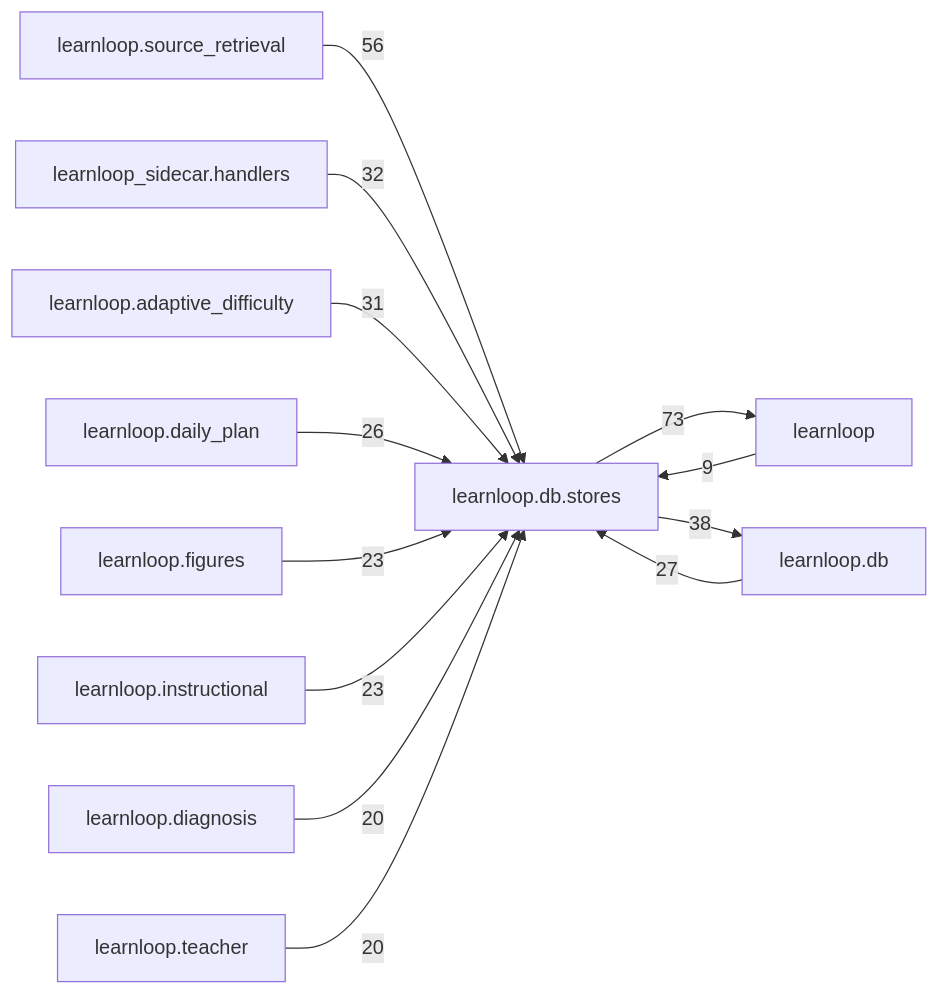
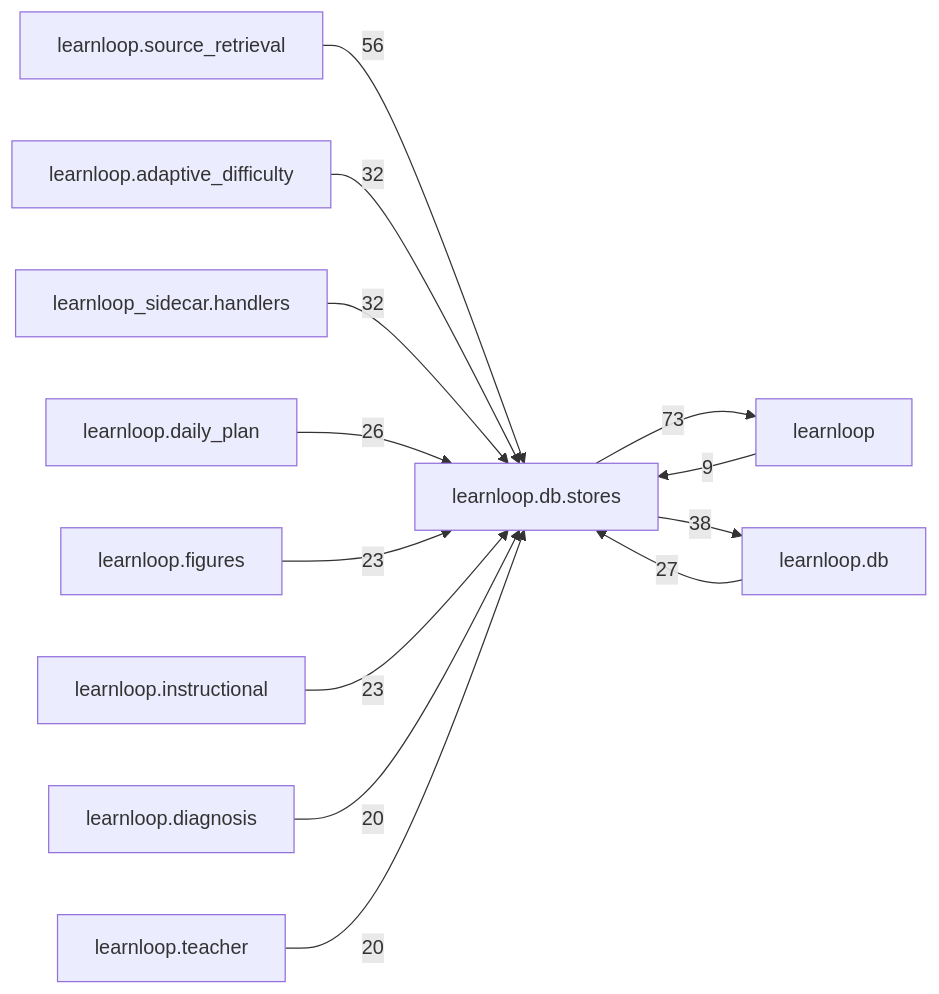
One commit to 6up-b/learnanything changed the diagram in docs/learnloop-architecture-vault/Reference/Modules/learnloop/db/stores/_package.md. Above: the diagram before and after it, drawn with Mermaid. The commit also changed other lines of this file and 47 other files, not shown here.

````diff
--- a/docs/learnloop-architecture-vault/Reference/Modules/learnloop/db/stores/_package.md
+++ b/docs/learnloop-architecture-vault/Reference/Modules/learnloop/db/stores/_package.md
@@ -284,26 +286,26 @@
 ```mermaid
 flowchart LR
     center["learnloop.db.stores"]
     n_learnloop["learnloop"]
     n_learnloop_db["learnloop.db"]
     n_learnloop_source_retrieval["learnloop.source_retrieval"]
+    n_learnloop_adaptive_difficulty["learnloop.adaptive_difficulty"]
     n_learnloop_sidecar_handlers["learnloop_sidecar.handlers"]
-    n_learnloop_adaptive_difficulty["learnloop.adaptive_difficulty"]
     n_learnloop_daily_plan["learnloop.daily_plan"]
     n_learnloop_figures["learnloop.figures"]
     n_learnloop_instructional["learnloop.instructional"]
     n_learnloop_diagnosis["learnloop.diagnosis"]
     n_learnloop_teacher["learnloop.teacher"]
     n_learnloop -->|9| center
     center -->|73| n_learnloop
     n_learnloop_db -->|27| center
     center -->|38| n_learnloop_db
     n_learnloop_source_retrieval -->|56| center
+    n_learnloop_adaptive_difficulty -->|32| center
     n_learnloop_sidecar_handlers -->|32| center
-    n_learnloop_adaptive_difficulty -->|31| center
     n_learnloop_daily_plan -->|26| center
     n_learnloop_figures -->|23| center
     n_learnloop_instructional -->|23| center
     n_learnloop_diagnosis -->|20| center
     n_learnloop_teacher -->|20| center
 ```
````
